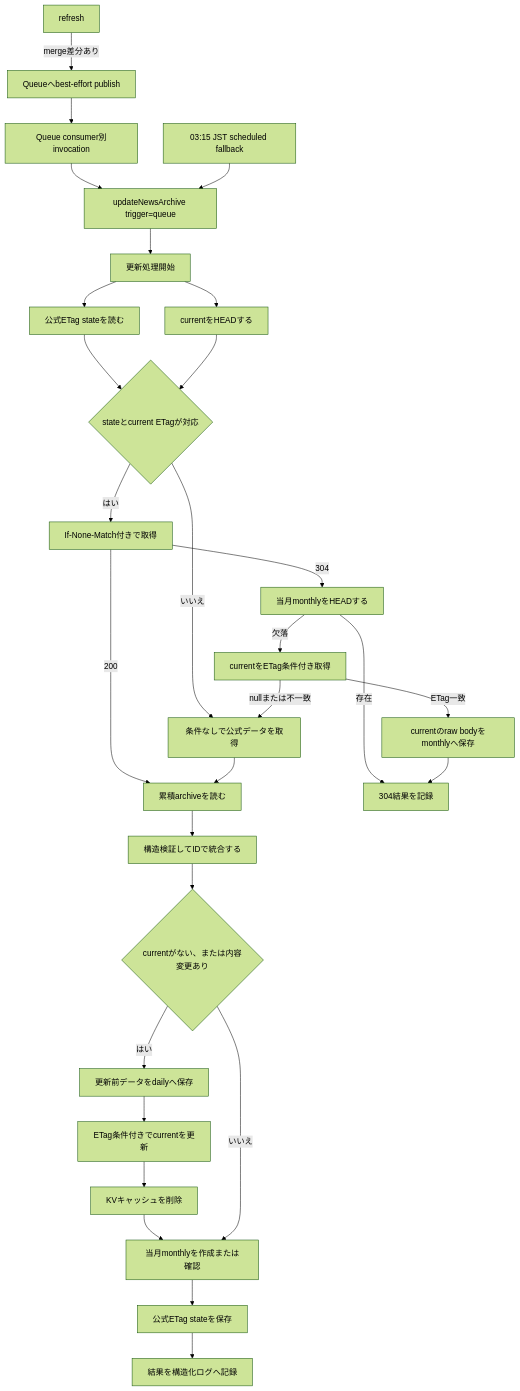
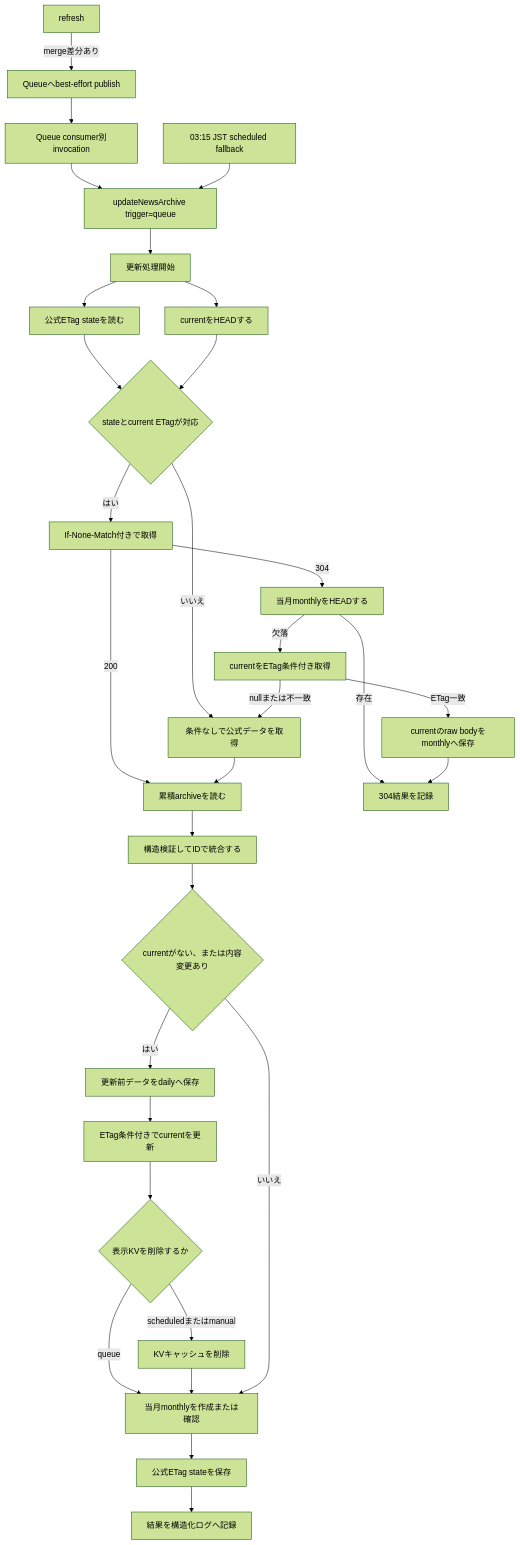
Before and after one commit to reamkf/kf3-notification-search: the diagram in docs/news-archive-update-spec.md, drawn with Mermaid (forest theme). The commit also changed other lines of this file and 10 other files, not shown here.

````diff
--- a/docs/news-archive-update-spec.md
+++ b/docs/news-archive-update-spec.md
@@ -37,31 +37,33 @@
 ```mermaid
 flowchart TD
     Refresh[refresh] -->|merge差分あり| Publish[Queueへbest-effort publish]
     Publish --> Consumer[Queue consumer別invocation]
     Consumer --> Update[updateNewsArchive trigger=queue]
     Schedule[03:15 JST scheduled fallback] --> Update
     Update --> Start[更新処理開始]
     Start --> State[公式ETag stateを読む]
     Start --> Head[currentをHEADする]
     State --> Eligible{stateとcurrent ETagが対応}
     Head --> Eligible
     Eligible -->|いいえ| FullFetch[条件なしで公式データを取得]
     Eligible -->|はい| ConditionalFetch[If-None-Match付きで取得]
     ConditionalFetch -->|200| Read[累積archiveを読む]
     FullFetch --> Read
     ConditionalFetch -->|304| MonthlyCheck[当月monthlyをHEADする]
     MonthlyCheck -->|存在| Log304[304結果を記録]
     MonthlyCheck -->|欠落| CurrentIfEtag[currentをETag条件付き取得]
     CurrentIfEtag -->|ETag一致| MonthlyCreate[currentのraw bodyをmonthlyへ保存]
     CurrentIfEtag -->|nullまたは不一致| FullFetch
     Read --> Validate[構造検証してIDで統合する]
     Validate --> Changed{currentがない、または内容変更あり}
     Changed -->|はい| Daily[更新前データをdailyへ保存]
     Daily --> Current[ETag条件付きでcurrentを更新]
-    Current --> Cache[KVキャッシュを削除]
-    Cache --> Monthly[当月monthlyを作成または確認]
+    Current --> Invalidate{表示KVを削除するか}
+    Invalidate -->|scheduledまたはmanual| Cache[KVキャッシュを削除]
+    Invalidate -->|queue| Monthly[当月monthlyを作成または確認]
+    Cache --> Monthly
     Changed -->|いいえ| Monthly
     Monthly --> StateSave[公式ETag stateを保存]
     StateSave --> Log[結果を構造化ログへ記録]
     MonthlyCreate --> Log304
 ```
````
